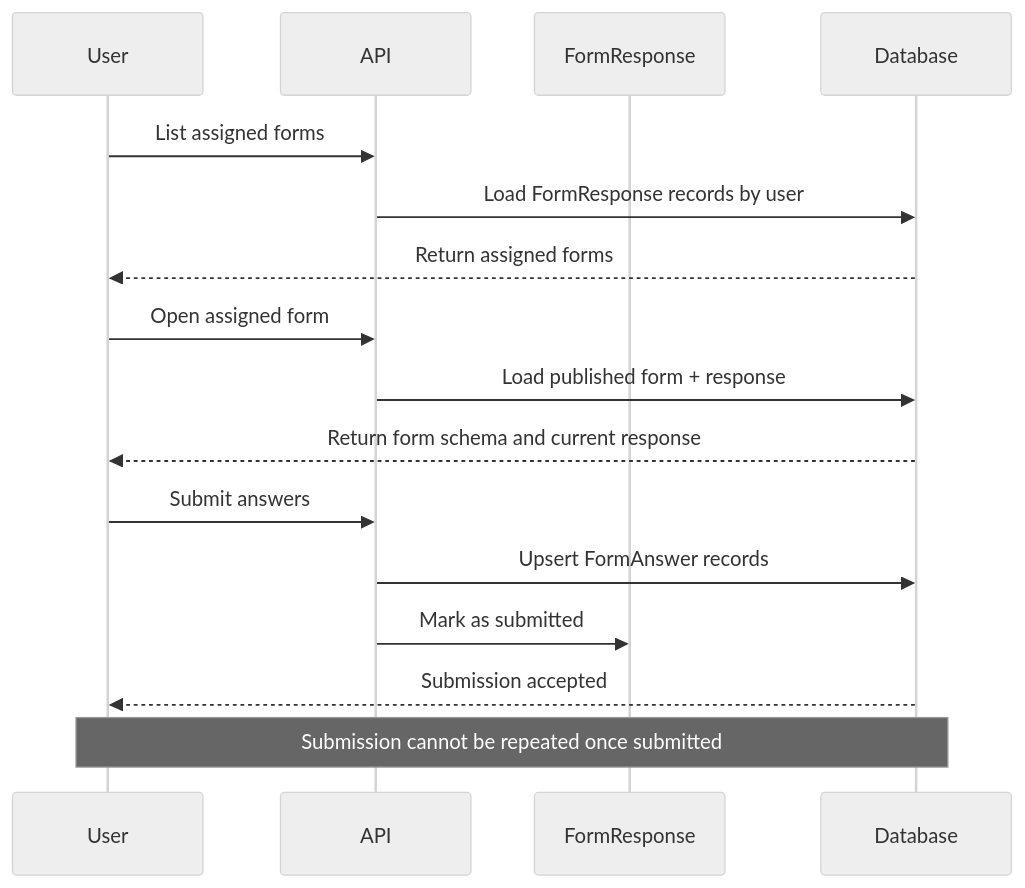
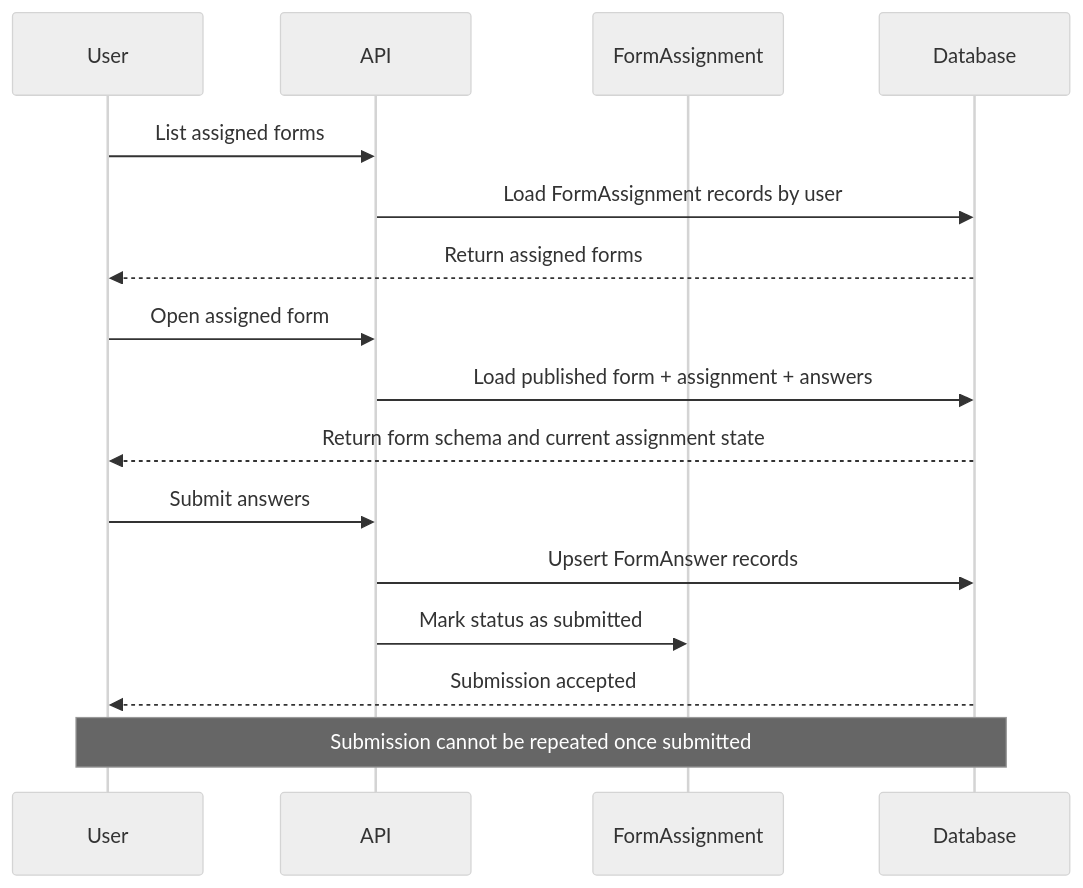
Before and after one commit to Gzerox/ack-nestjs-boilerplate: the second of 2 diagrams in docs/form.md, drawn with Mermaid (neutral theme). The commit also changed other lines of this file and 31 other files, not shown here.

````diff
--- a/docs/form.md
+++ b/docs/form.md
@@ -302,19 +301,19 @@
 ```mermaid
 sequenceDiagram
     participant User
     participant API
-    participant Response as FormResponse
+    participant Assignment as FormAssignment
     participant Database
 
     User->>API: List assigned forms
-    API->>Database: Load FormResponse records by user
+    API->>Database: Load FormAssignment records by user
     Database-->>User: Return assigned forms
     User->>API: Open assigned form
-    API->>Database: Load published form + response
-    Database-->>User: Return form schema and current response
+    API->>Database: Load published form + assignment + answers
+    Database-->>User: Return form schema and current assignment state
     User->>API: Submit answers
     API->>Database: Upsert FormAnswer records
-    API->>Response: Mark as submitted
+    API->>Assignment: Mark status as submitted
     Database-->>User: Submission accepted
     Note over User,Database: Submission cannot be repeated once submitted
 ```
````
